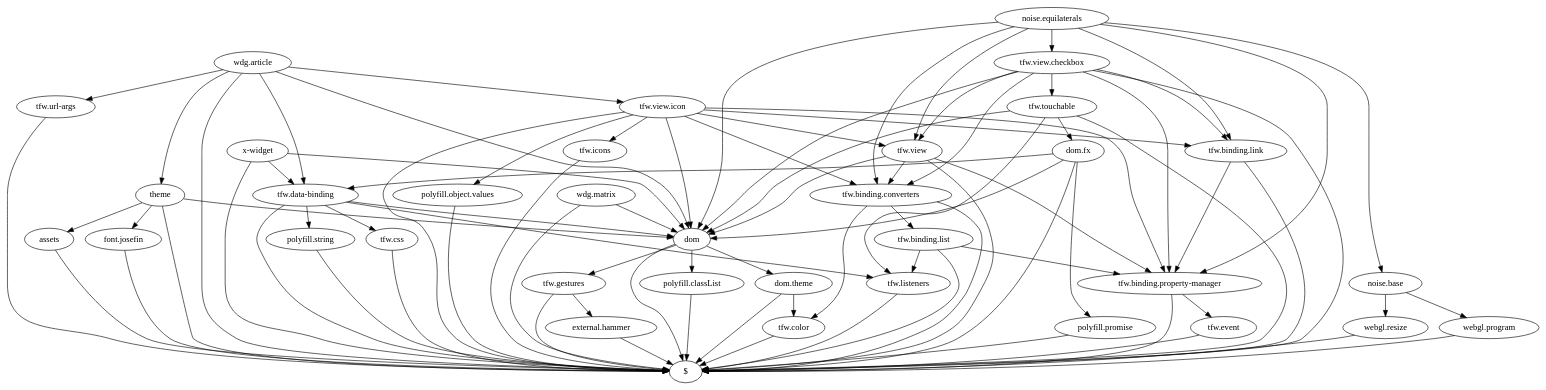
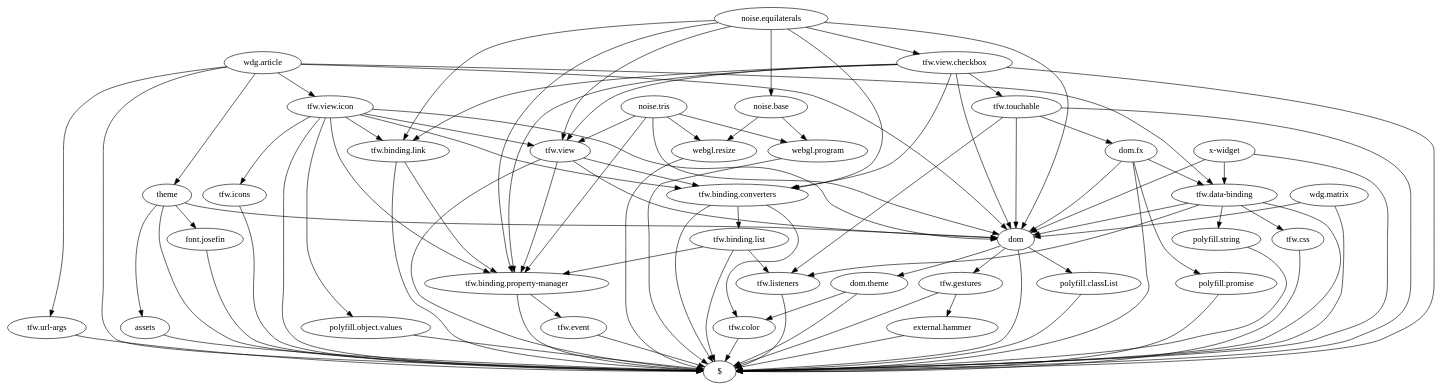
Before and after one commit to tolokoban/webgl-experiments: the diagram in doc/noise.2.html.dot, drawn with Graphviz. The commit also changed 8 other files, not shown here.

```diff
--- a/doc/noise.2.html.dot
+++ b/doc/noise.2.html.dot
@@ -1,147 +1,156 @@
 digraph dependencies {
     "assets" -> "$"
     "wdg.article" -> "$"
 
     "wdg.article" -> "theme"
 
     "wdg.article" -> "dom"
 
     "wdg.article" -> "tfw.data-binding"
 
     "wdg.article" -> "tfw.view.icon"
 
     "wdg.article" -> "tfw.url-args"
     "tfw.url-args" -> "$"
     "tfw.view.icon" -> "$"
 
     "tfw.view.icon" -> "polyfill.object.values"
 
     "tfw.view.icon" -> "dom"
 
     "tfw.view.icon" -> "tfw.icons"
 
     "tfw.view.icon" -> "tfw.binding.property-manager"
 
     "tfw.view.icon" -> "tfw.view"
 
     "tfw.view.icon" -> "tfw.binding.link"
 
     "tfw.view.icon" -> "tfw.binding.converters"
     "tfw.binding.converters" -> "$"
 
     "tfw.binding.converters" -> "tfw.binding.list"
 
     "tfw.binding.converters" -> "tfw.color"
     "tfw.color" -> "$"
     "tfw.binding.list" -> "$"
 
     "tfw.binding.list" -> "tfw.binding.property-manager"
 
     "tfw.binding.list" -> "tfw.listeners"
     "tfw.listeners" -> "$"
     "tfw.binding.property-manager" -> "$"
 
     "tfw.binding.property-manager" -> "tfw.event"
     "tfw.event" -> "$"
     "tfw.binding.link" -> "$"
 
     "tfw.binding.link" -> "tfw.binding.property-manager"
     "tfw.view" -> "$"
 
     "tfw.view" -> "dom"
 
     "tfw.view" -> "tfw.binding.property-manager"
 
     "tfw.view" -> "tfw.binding.converters"
     "dom" -> "$"
 
     "dom" -> "polyfill.classList"
 
     "dom" -> "dom.theme"
 
     "dom" -> "tfw.gestures"
     "tfw.gestures" -> "$"
 
     "tfw.gestures" -> "external.hammer"
     "external.hammer" -> "$"
     "dom.theme" -> "$"
 
     "dom.theme" -> "tfw.color"
     "polyfill.classList" -> "$"
     "tfw.icons" -> "$"
     "polyfill.object.values" -> "$"
     "tfw.data-binding" -> "$"
 
     "tfw.data-binding" -> "polyfill.string"
 
     "tfw.data-binding" -> "dom"
 
     "tfw.data-binding" -> "tfw.css"
 
     "tfw.data-binding" -> "tfw.listeners"
     "tfw.css" -> "$"
     "polyfill.string" -> "$"
     "theme" -> "$"
 
     "theme" -> "assets"
 
     "theme" -> "font.josefin"
 
     "theme" -> "dom"
     "font.josefin" -> "$"
     "x-widget" -> "$"
 
     "x-widget" -> "dom"
 
     "x-widget" -> "tfw.data-binding"
+    "noise.tris" -> "dom"
+
+    "noise.tris" -> "webgl.resize"
+
+    "noise.tris" -> "webgl.program"
+
+    "noise.tris" -> "tfw.binding.property-manager"
+
+    "noise.tris" -> "tfw.view"
+    "webgl.program" -> "$"
+    "webgl.resize" -> "$"
     "wdg.matrix" -> "$"
 
     "wdg.matrix" -> "dom"
     "noise.equilaterals" -> "noise.base"
 
     "noise.equilaterals" -> "dom"
 
     "noise.equilaterals" -> "tfw.binding.property-manager"
 
     "noise.equilaterals" -> "tfw.view"
 
     "noise.equilaterals" -> "tfw.binding.link"
 
     "noise.equilaterals" -> "tfw.binding.converters"
 
     "noise.equilaterals" -> "tfw.view.checkbox"
     "tfw.view.checkbox" -> "$"
 
     "tfw.view.checkbox" -> "tfw.binding.property-manager"
 
     "tfw.view.checkbox" -> "tfw.touchable"
 
     "tfw.view.checkbox" -> "dom"
 
     "tfw.view.checkbox" -> "tfw.view"
 
     "tfw.view.checkbox" -> "tfw.binding.link"
 
     "tfw.view.checkbox" -> "tfw.binding.converters"
     "tfw.touchable" -> "$"
 
     "tfw.touchable" -> "dom"
 
     "tfw.touchable" -> "dom.fx"
 
     "tfw.touchable" -> "tfw.listeners"
     "dom.fx" -> "$"
 
     "dom.fx" -> "polyfill.promise"
 
     "dom.fx" -> "dom"
 
     "dom.fx" -> "tfw.data-binding"
     "polyfill.promise" -> "$"
     "noise.base" -> "webgl.resize"
 
     "noise.base" -> "webgl.program"
-    "webgl.program" -> "$"
-    "webgl.resize" -> "$"
 
 }
```
